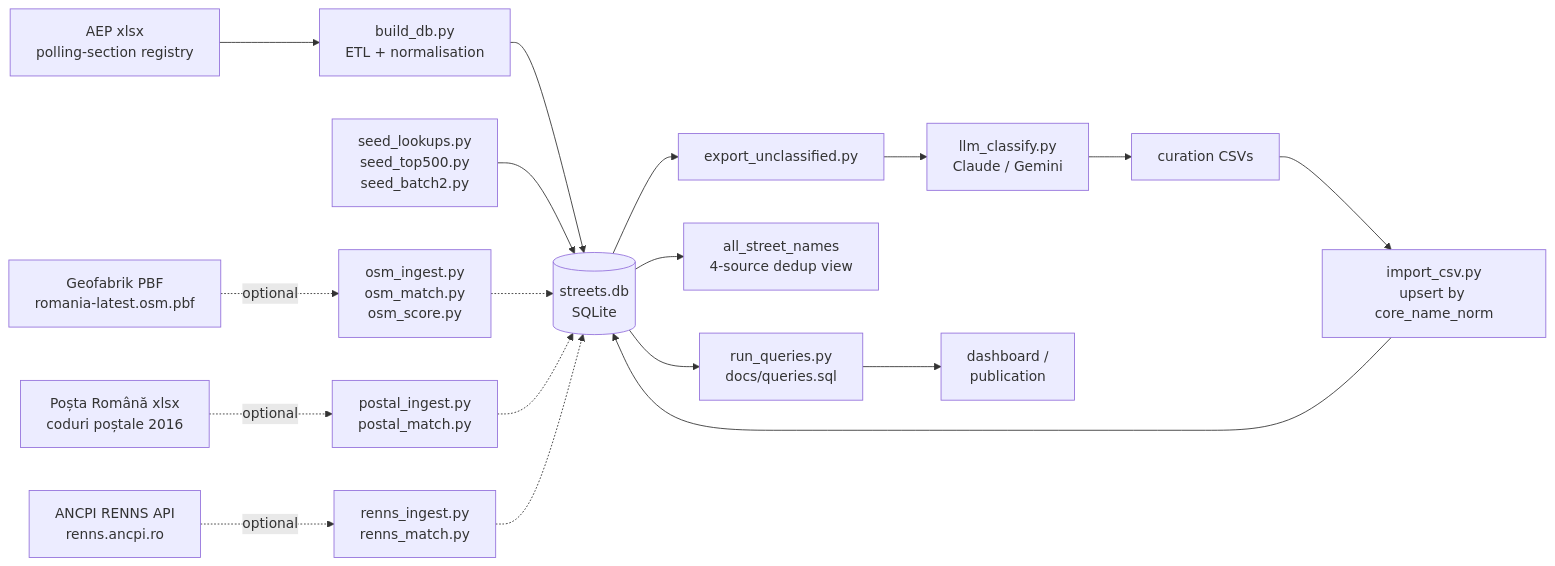
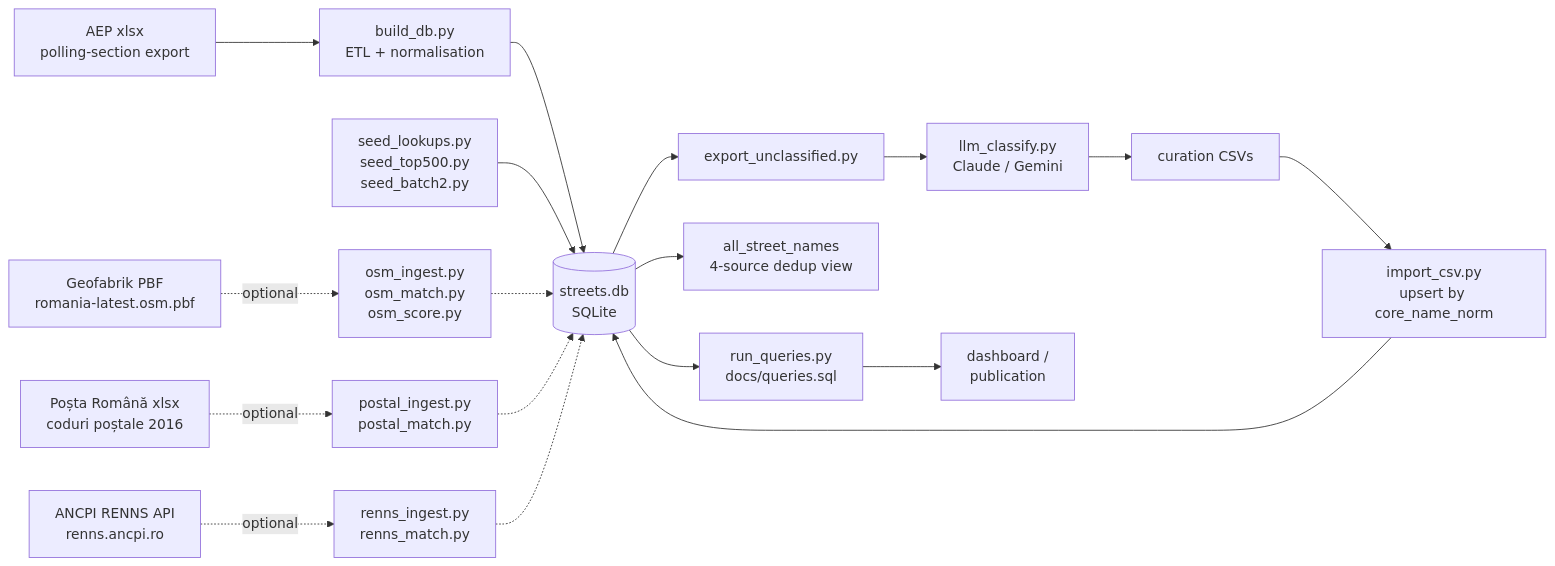
The first of 5 diagrams in README.md (gov2-ro/nume-strazi), drawn with Mermaid before and after one commit. The commit also changed other lines of this file and 53 other files, not shown here.

````diff
--- a/README.md
+++ b/README.md
@@ -46,29 +50,29 @@
 ```mermaid
 flowchart LR
-    XLSX["AEP xlsx<br/>polling-section registry"]
+    XLSX["AEP xlsx<br/>polling-section export"]
     PBF["Geofabrik PBF<br/>romania-latest.osm.pbf"]
     POSTALXLSX["Poșta Română xlsx<br/>coduri poștale 2016"]
     RENNSAPI["ANCPI RENNS API<br/>renns.ancpi.ro"]
     BUILD["build_db.py<br/>ETL + normalisation"]
     SEED["seed_lookups.py<br/>seed_top500.py<br/>seed_batch2.py"]
     DB[("streets.db<br/>SQLite")]
     EXP["export_unclassified.py"]
     LLM["llm_classify.py<br/>Claude / Gemini"]
     CSV["curation CSVs"]
     IMP["import_csv.py<br/>upsert by core_name_norm"]
     OSM["osm_ingest.py<br/>osm_match.py<br/>osm_score.py"]
     POSTAL["postal_ingest.py<br/>postal_match.py"]
     RENNS["renns_ingest.py<br/>renns_match.py"]
     ASN["all_street_names<br/>4-source dedup view"]
     Q["run_queries.py<br/>docs/queries.sql"]
     OUT["dashboard /<br/>publication"]
 
     XLSX --> BUILD --> DB
     SEED --> DB
     DB --> EXP --> LLM --> CSV --> IMP --> DB
     PBF -.optional.-> OSM -.-> DB
     POSTALXLSX -.optional.-> POSTAL -.-> DB
     RENNSAPI -.optional.-> RENNS -.-> DB
     DB --> ASN
     DB --> Q --> OUT
 ```
````
